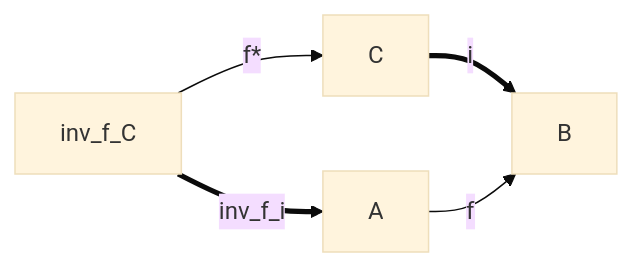
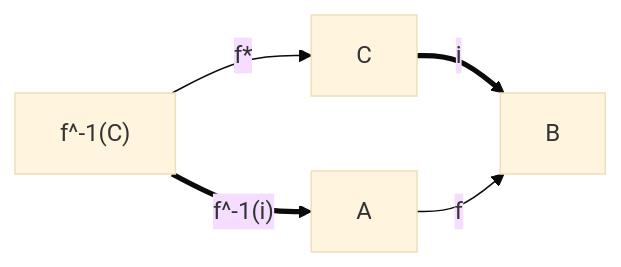
Diagram 20 of 22 in notes.md (renatoleme/HeytingValuedSets), drawn with Mermaid (base theme) before and after one commit. The commit also changed other lines of this file, not shown here.

````diff
--- a/notes.md
+++ b/notes.md
@@ -457,7 +457,7 @@
 ```mermaid
 graph LR;
-  inv_f_C==inv_f_i==>A;
-  inv_f_C--f*-->C;
+  D["f^-1(C)"]=="f^-1(i)"==>A;
+  D["f^-1(C)"]--f*-->C;
   C==i==>B;
   A--f-->B;
 ```
````
